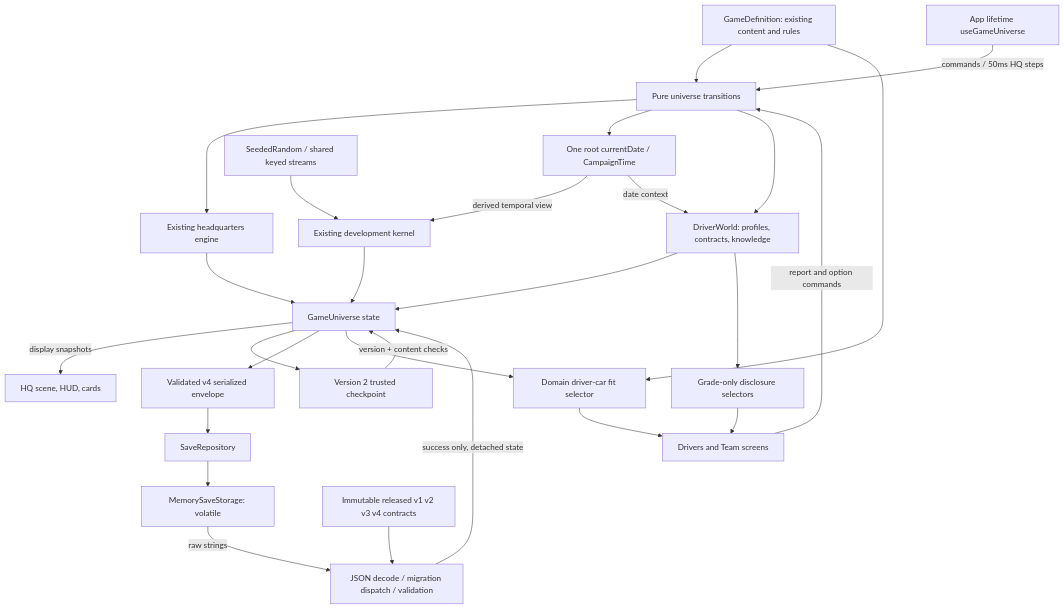
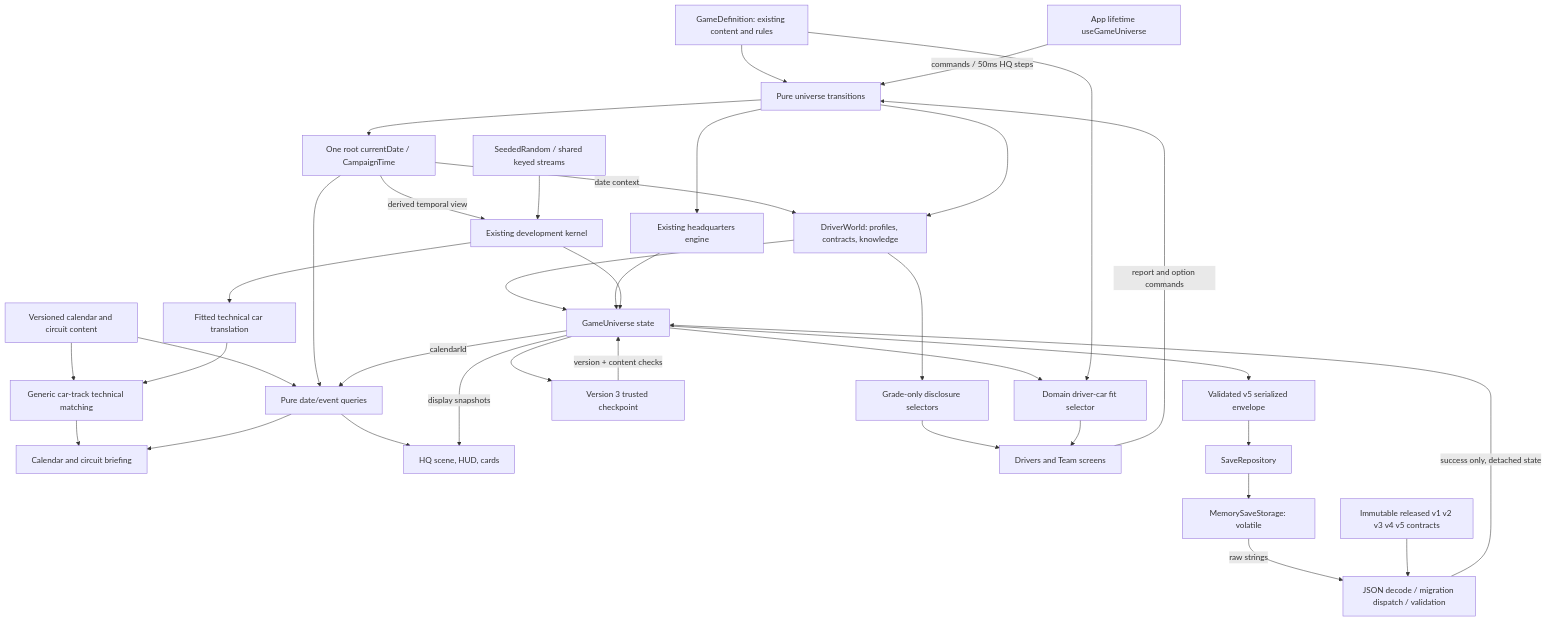
The diagram in docs/SYSTEM_MAP.md (BoosterGold85/FormulaTycoon), drawn with Mermaid before and after one commit. The commit also changed other lines of this file and 46 other files, not shown here.

Commit message:
feat: add versioned calendar and technical circuit briefings

````diff
--- a/docs/SYSTEM_MAP.md
+++ b/docs/SYSTEM_MAP.md
@@ -5,29 +5,38 @@
 ```mermaid
 flowchart TD
     Definition[GameDefinition: existing content and rules] --> Universe[Pure universe transitions]
     Universe --> HQ[Existing headquarters engine]
     Universe --> Clock[One root currentDate / CampaignTime]
     Clock -->|derived temporal view| Dev[Existing development kernel]
     Clock -->|date context| Drivers
+    Catalog[Versioned calendar and circuit content] --> Calendar[Pure date/event queries]
+    Clock --> Calendar
+    State -->|calendarId| Calendar
+    Dev --> Vector[Fitted technical car translation]
+    Catalog --> TrackFit[Generic car-track technical matching]
+    Vector --> TrackFit
+    TrackFit --> CalendarUI[Calendar and circuit briefing]
+    Calendar --> CalendarUI
+    Calendar --> UI
     Universe --> Drivers[DriverWorld: profiles, contracts, knowledge]
     Drivers --> State
     Drivers --> Disclosure[Grade-only disclosure selectors]
     Disclosure --> DriverUI[Drivers and Team screens]
     DriverUI -->|report and option commands| Universe
     HQ --> State[GameUniverse state]
     Dev --> State
     App[App lifetime useGameUniverse] -->|commands / 50ms HQ steps| Universe
     State -->|display snapshots| UI[HQ scene, HUD, cards]
-    State --> Checkpoint[Version 2 trusted checkpoint]
+    State --> Checkpoint[Version 3 trusted checkpoint]
     Checkpoint -->|version + content checks| State
-    State --> Envelope[Validated v4 serialized envelope]
+    State --> Envelope[Validated v5 serialized envelope]
     Envelope --> Repo[SaveRepository]
     Repo --> Memory[MemorySaveStorage: volatile]
     Memory -->|raw strings| Decode[JSON decode / migration dispatch / validation]
-    Frozen[Immutable released v1 v2 v3 v4 contracts] --> Decode
+    Frozen[Immutable released v1 v2 v3 v4 v5 contracts] --> Decode
     State --> Fit[Domain driver-car fit selector]
     Definition --> Fit
     Fit --> DriverUI
     Decode -->|success only, detached state| State
     RNG[SeededRandom / shared keyed streams] --> Dev
 ```
````
